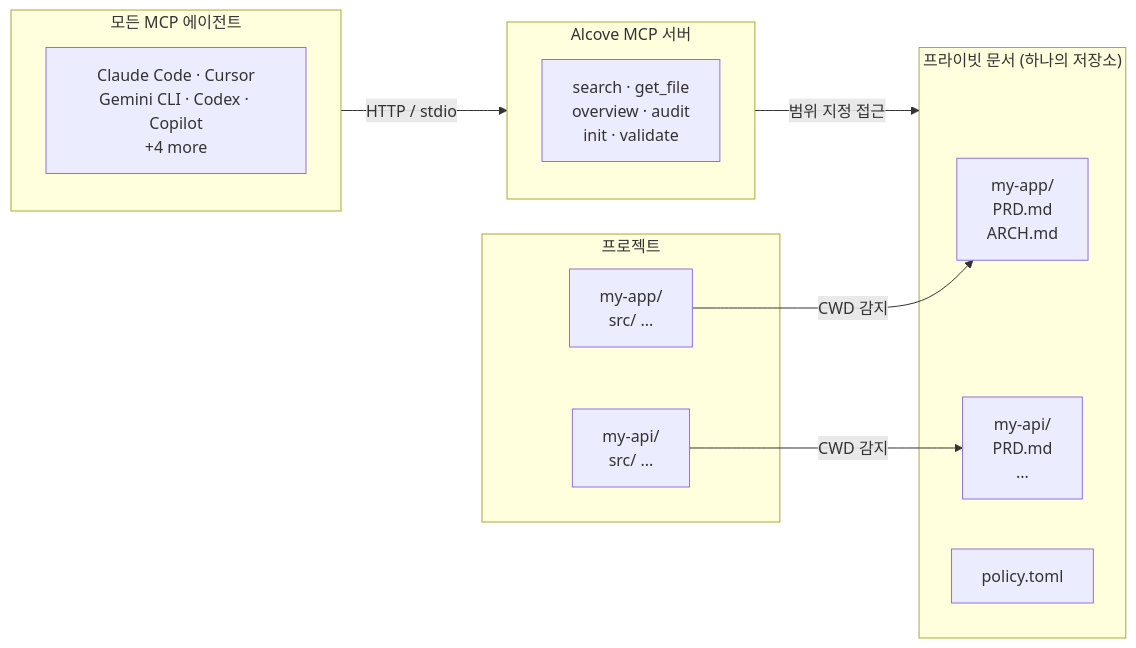
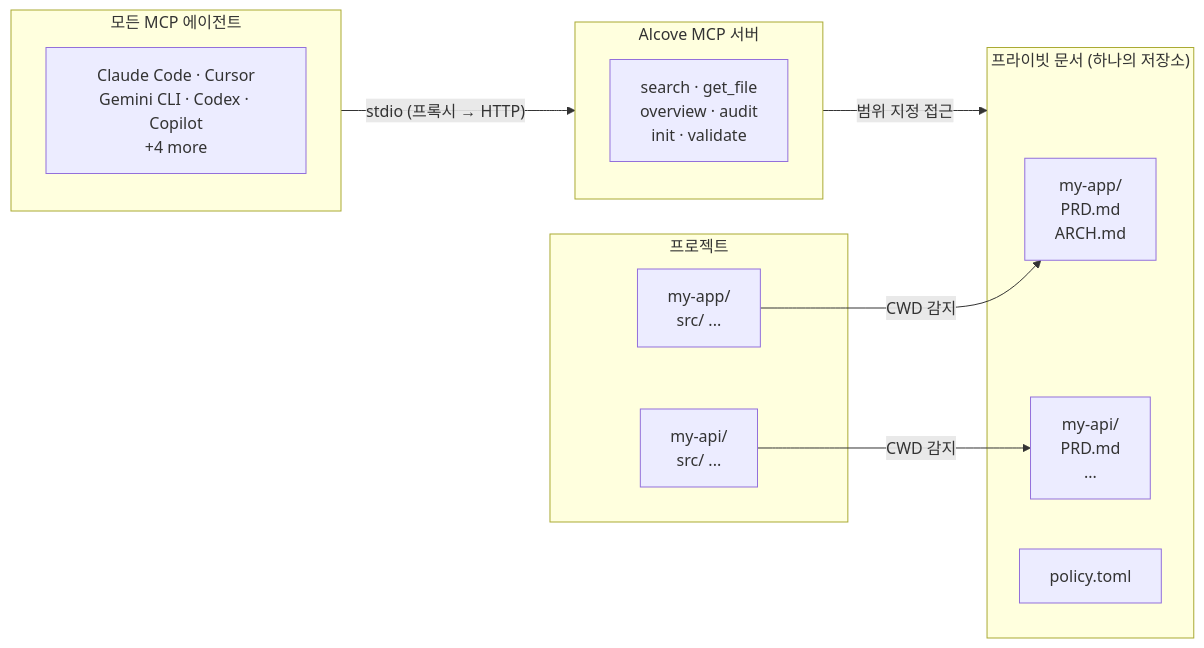
Before and after one commit to epicsagas/alcove: the diagram in docs/README.ko.md, drawn with Mermaid. The commit also changed other lines of this file and 1 other file, not shown here.

First line of the commit message:
docs: fix connection mode docs to describe hybrid proxy architecture

````diff
--- a/docs/README.ko.md
+++ b/docs/README.ko.md
@@ -157,26 +157,26 @@
 ```mermaid
 flowchart LR
     subgraph Projects["프로젝트"]
         A1["my-app/\n  src/ ..."]
         A2["my-api/\n  src/ ..."]
     end
 
     subgraph Docs["프라이빗 문서 (하나의 저장소)"]
         D1["my-app/\n  PRD.md\n  ARCH.md"]
         D2["my-api/\n  PRD.md\n  ..."]
         P1["policy.toml"]
     end
 
     subgraph Agents["모든 MCP 에이전트"]
         AG["Claude Code · Cursor\nGemini CLI · Codex · Copilot\n+4 more"]
     end
 
     subgraph MCP["Alcove MCP 서버"]
         T["search · get_file\noverview · audit\ninit · validate"]
     end
 
     A1 -- "CWD 감지" --> D1
     A2 -- "CWD 감지" --> D2
-    Agents -- "HTTP / stdio" --> MCP
+    Agents -- "stdio (프록시 → HTTP)" --> MCP
     MCP -- "범위 지정 접근" --> Docs
 ```
````
